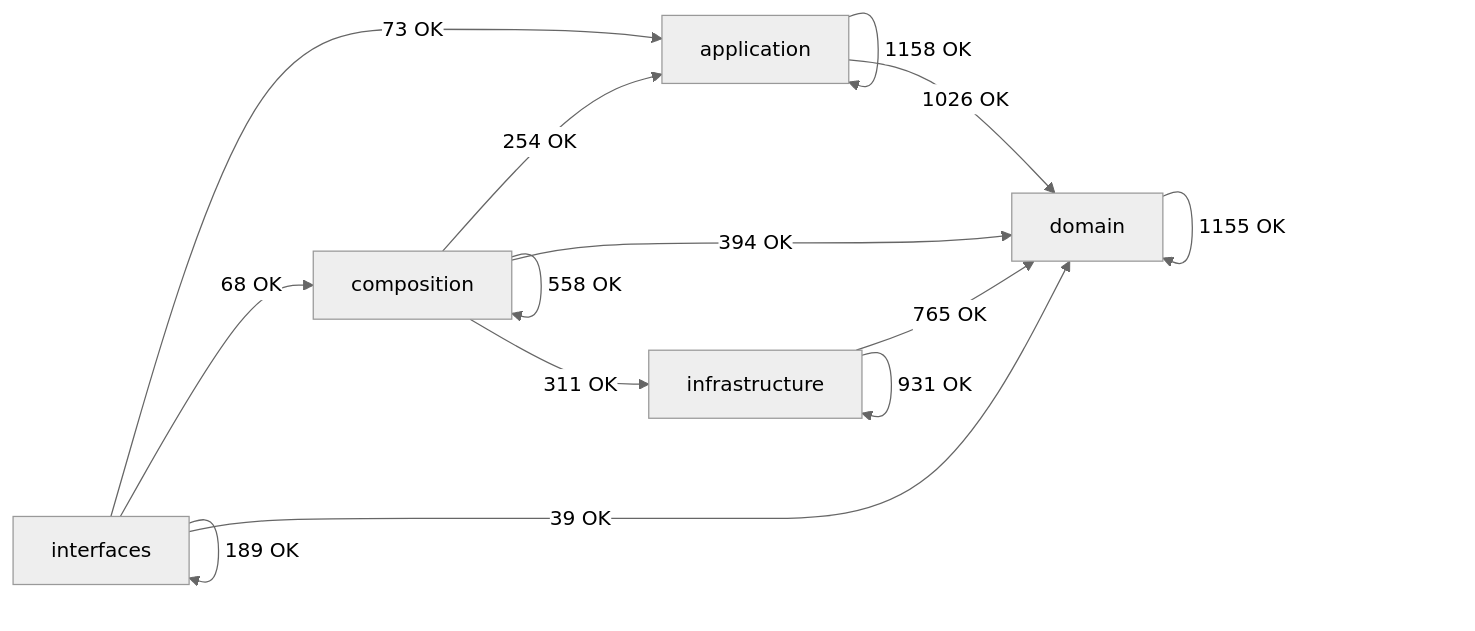
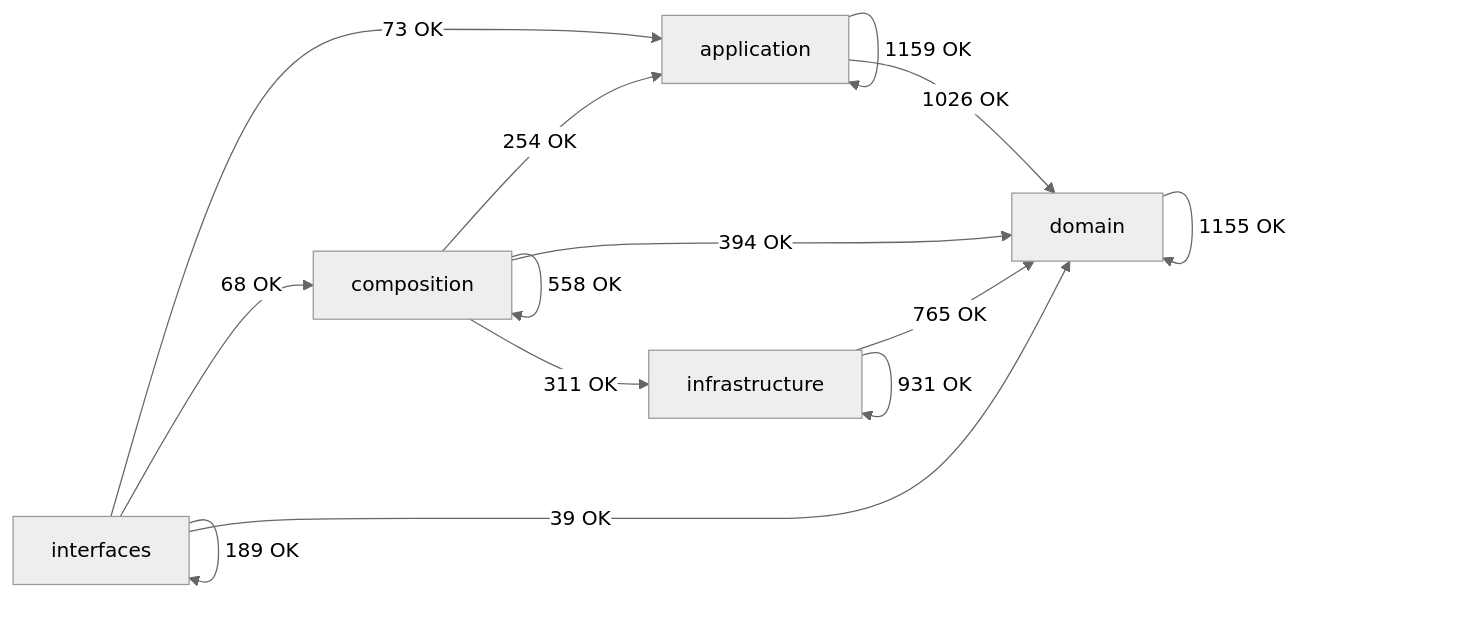
The diagram in docs/02-architecture/generated/module-dependency-map.md (SatoryKono/BioactivityDataAcquisition), drawn with Mermaid (neutral theme) before and after one commit. The commit also changed other lines of this file and 26 other files, not shown here.

````diff
--- a/docs/02-architecture/generated/module-dependency-map.md
+++ b/docs/02-architecture/generated/module-dependency-map.md
@@ -17,21 +17,21 @@
 ```mermaid
 flowchart LR
     domain[domain]
     application[application]
     infrastructure[infrastructure]
     composition[composition]
     interfaces[interfaces]
-    application -->|1158 OK| application
+    application -->|1159 OK| application
     application -->|1026 OK| domain
     composition -->|254 OK| application
     composition -->|558 OK| composition
     composition -->|394 OK| domain
     composition -->|311 OK| infrastructure
     domain -->|1155 OK| domain
     infrastructure -->|765 OK| domain
     infrastructure -->|931 OK| infrastructure
     interfaces -->|73 OK| application
     interfaces -->|68 OK| composition
     interfaces -->|39 OK| domain
     interfaces -->|189 OK| interfaces
 ```
````
